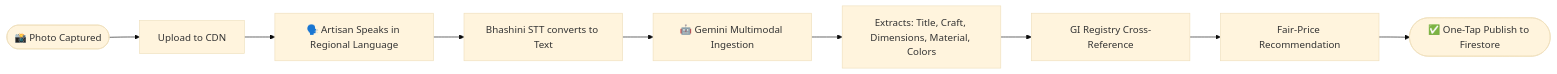
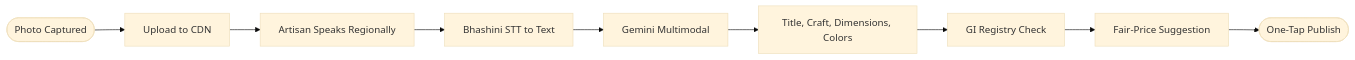
One commit to gtxPrime/dhaaga changed the second of 3 diagrams in README.md. Above: the diagram before and after it, drawn with Mermaid (base theme). The commit also changed other lines of this file, not shown here.

````diff
--- a/README.md
+++ b/README.md
@@ -217,11 +200,11 @@
 ```mermaid
 flowchart LR
-    A([📸 Photo Captured]) --> B[Upload to CDN]
-    B --> C[🗣️ Artisan Speaks in Regional Language]
-    C --> D[Bhashini STT converts to Text]
-    D --> E[🤖 Gemini Multimodal Ingestion]
-    E --> F["Extracts: Title, Craft, Dimensions, Material, Colors"]
-    F --> G[GI Registry Cross-Reference]
-    G --> H[Fair-Price Recommendation]
-    H --> I([✅ One-Tap Publish to Firestore])
+    A([Photo Captured]) --> B[Upload to CDN]
+    B --> C[Artisan Speaks Regionally]
+    C --> D[Bhashini STT to Text]
+    D --> E[Gemini Multimodal]
+    E --> F["Title, Craft, Dimensions, Colors"]
+    F --> G[GI Registry Check]
+    G --> H[Fair-Price Suggestion]
+    H --> I([One-Tap Publish])
 ```
````
